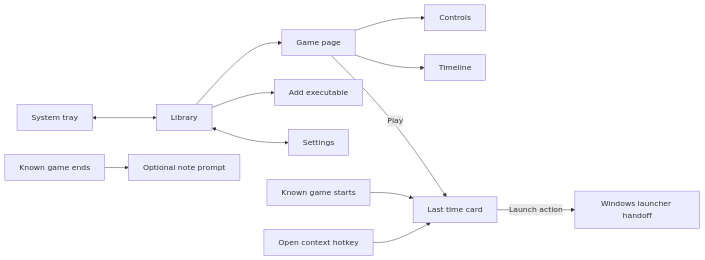
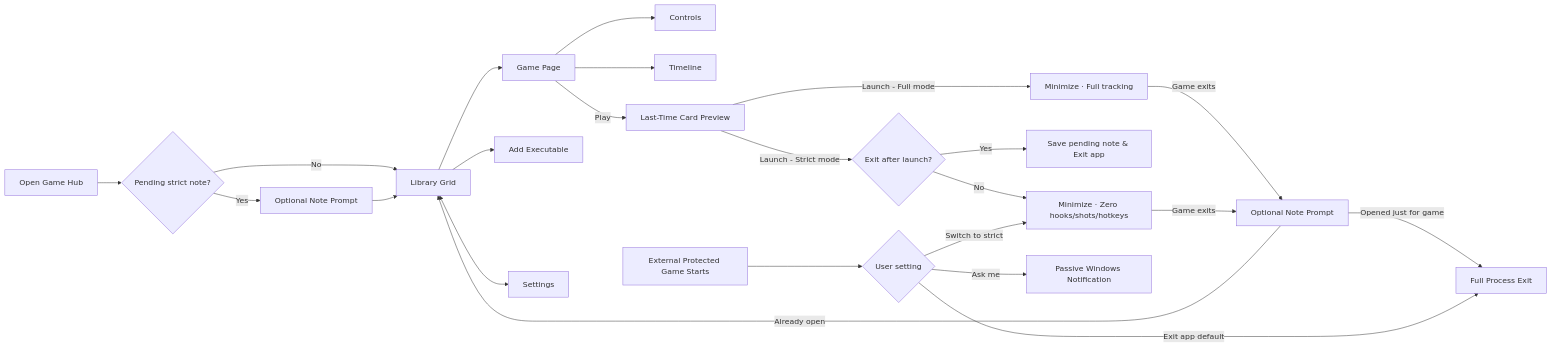
Before and after one commit to adhamelgohary-dev/game-hub: the diagram in docs/design/02-user-flows.md, drawn with Mermaid. The commit also changed other lines of this file and 26 other files, not shown here.

````diff
--- a/docs/design/02-user-flows.md
+++ b/docs/design/02-user-flows.md
@@ -3,14 +3,25 @@
 ```mermaid
 flowchart LR
-    Tray[System tray] <--> Library[Library]
-    Library --> Game[Game page]
-    Library --> Manual[Add executable]
+    Open[Open Game Hub] --> Pending{Pending strict note?}
+    Pending -->|Yes| Prompt[Optional Note Prompt]
+    Pending -->|No| Library[Library Grid]
+    Prompt --> Library
+    Library --> Game[Game Page]
+    Library --> Manual[Add Executable]
     Library <--> Settings[Settings]
     Game --> Controls[Controls]
     Game --> Timeline[Timeline]
-    Game -->|Play| Card[Last time card]
-    Card -->|Launch action| Launcher[Windows launcher handoff]
-    Watcher[Known game starts] --> Card
-    Hotkey[Open context hotkey] --> Card
-    End[Known game ends] --> Popup[Optional note prompt]
+    Game -->|Play| Card[Last-Time Card Preview]
+    Card -->|Launch - Full mode| FullPlay[Minimize · Full tracking]
+    Card -->|Launch - Strict mode| StrictChoice{Exit after launch?}
+    StrictChoice -->|Yes| SavePending[Save pending note & Exit app]
+    StrictChoice -->|No| StrictPlay[Minimize · Zero hooks/shots/hotkeys]
+    FullPlay -->|Game exits| EndPrompt[Optional Note Prompt]
+    StrictPlay -->|Game exits| EndPrompt
+    EndPrompt -->|Opened just for game| Exit[Full Process Exit]
+    EndPrompt -->|Already open| Library
+    External[External Protected Game Starts] --> Guard{User setting}
+    Guard -->|Exit app default| Exit
+    Guard -->|Switch to strict| StrictPlay
+    Guard -->|Ask me| Toast[Passive Windows Notification]
 ```
````
